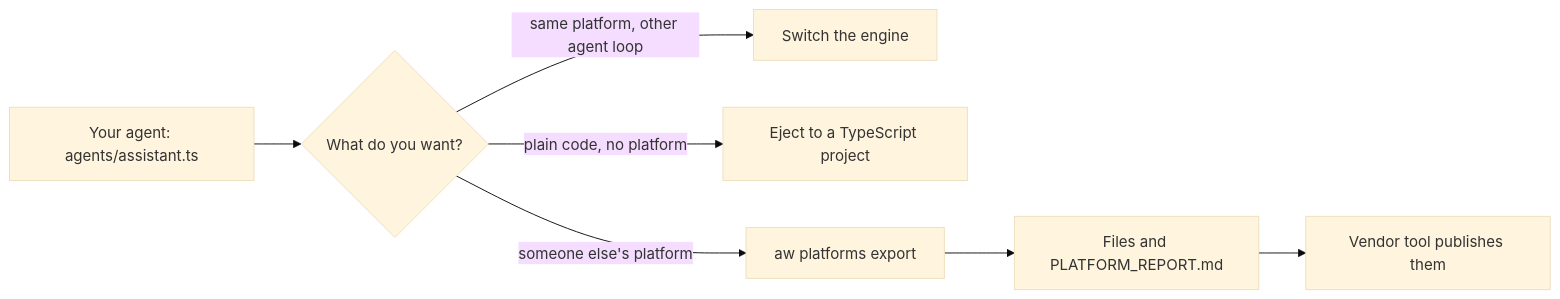
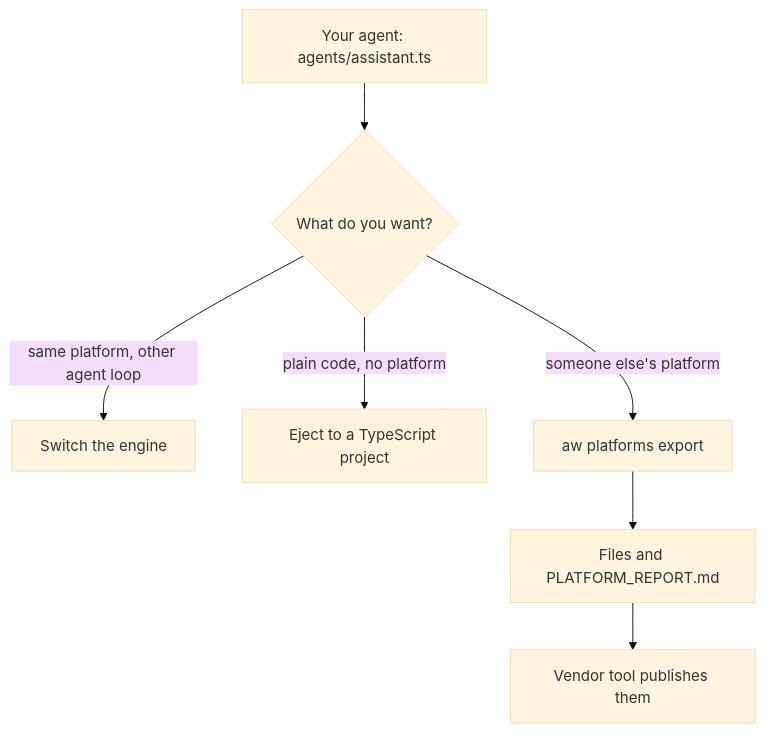
One commit to indxjp/agent-workspace changed the diagram in docs/sdk/site/path/platforms.mdx. Above: the diagram before and after it, drawn with Mermaid (base theme). The commit also changed other lines of this file and 2629 other files, not shown here.

````diff
--- a/docs/sdk/site/path/platforms.mdx
+++ b/docs/sdk/site/path/platforms.mdx
@@ -25,9 +25,9 @@
 ```mermaid
-flowchart LR
+flowchart TD
   A["Your agent: agents/assistant.ts"] --> B{"What do you want?"}
   B -- "same platform, other agent loop" --> C["Switch the engine"]
   B -- "plain code, no platform" --> D["Eject to a TypeScript project"]
   B -- "someone else's platform" --> E["aw platforms export"]
   E --> F["Files and PLATFORM_REPORT.md"]
   F --> G["Vendor tool publishes them"]
 ```
````
